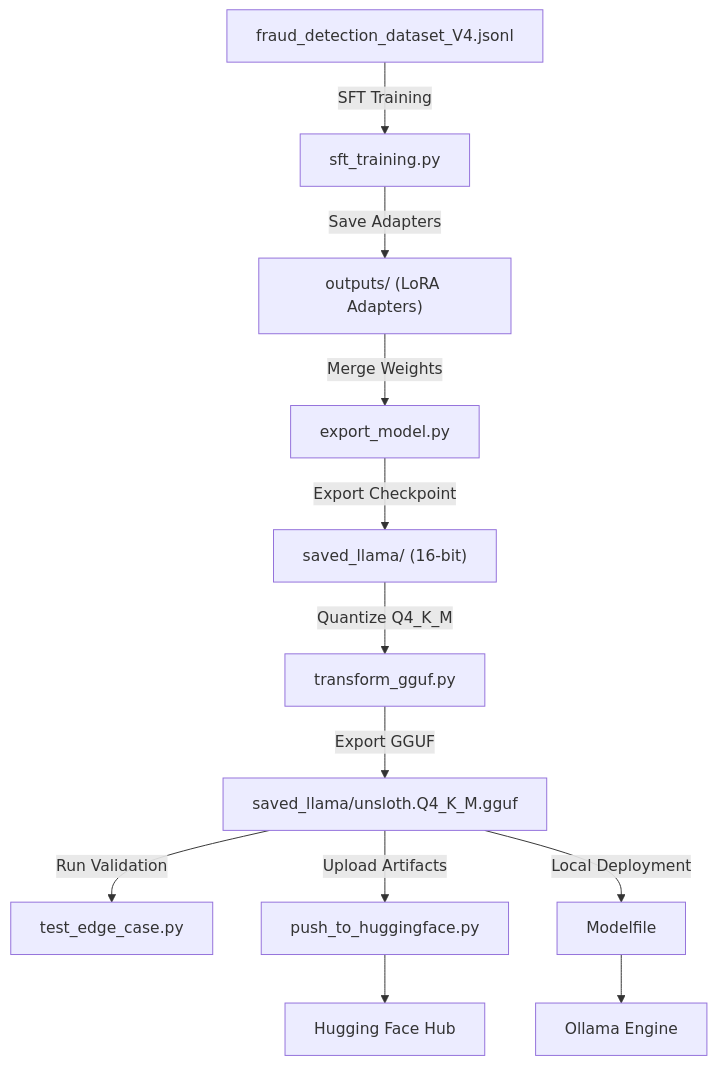
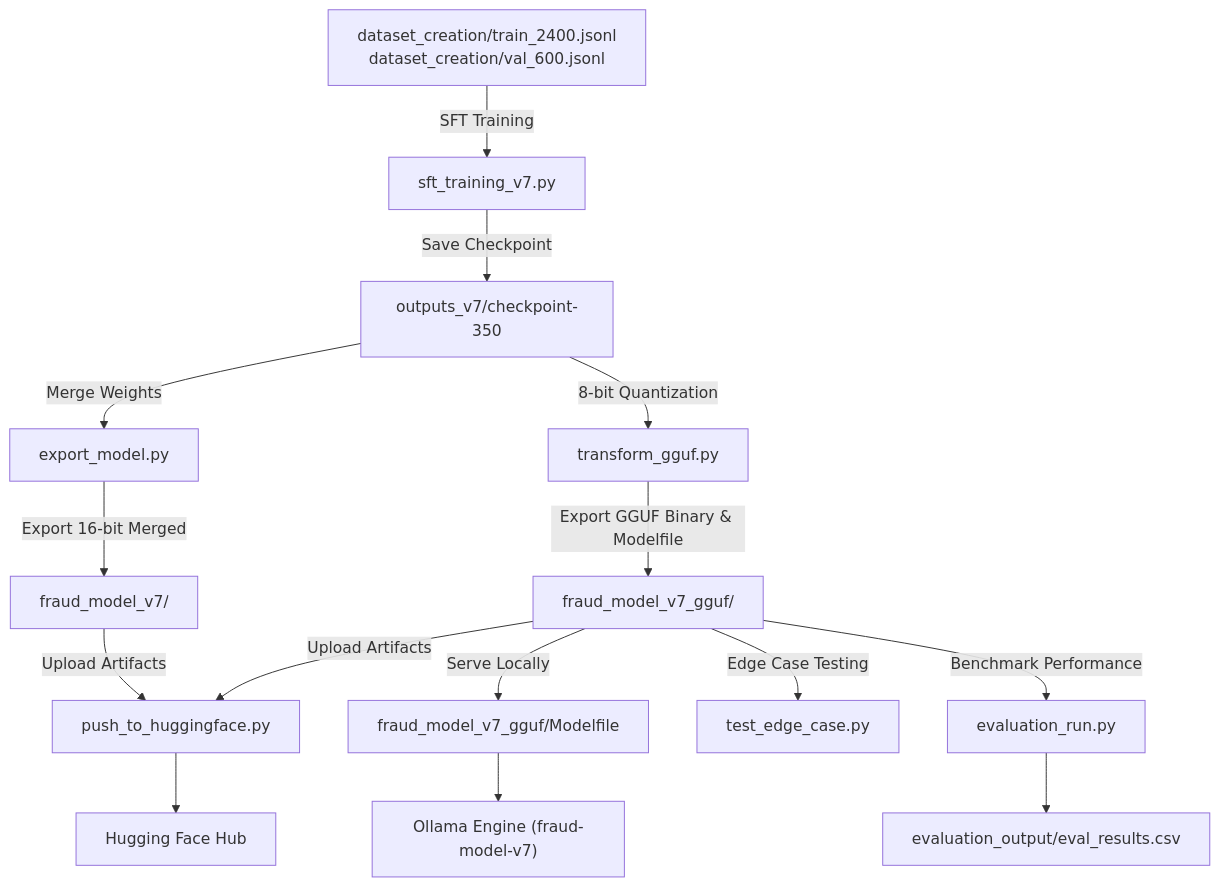
The diagram in README.md (MaxwellMensah/fine_tuning_modeling), drawn with Mermaid before and after one commit. The commit also changed other lines of this file, not shown here.

````diff
--- a/README.md
+++ b/README.md
@@ -16,12 +16,14 @@
 ```mermaid
-    flowchart TD
-        A["fraud_detection_dataset_V4.jsonl"] -->|SFT Training| B["sft_training.py"]
-        B -->|Save Adapters| C["outputs/ (LoRA Adapters)"]
-        C -->|Merge Weights| D["export_model.py"]
-        D -->|Export Checkpoint| E["saved_llama/ (16-bit)"]
-        E -->|Quantize Q4_K_M| F["transform_gguf.py"]
-        F -->|Export GGUF| G["saved_llama/unsloth.Q4_K_M.gguf"]
-        G -->|Run Validation| H["test_edge_case.py"]
-        G -->|Upload Artifacts| I["push_to_huggingface.py"] --> J["Hugging Face Hub"]
-        G -->|Local Deployment| K["Modelfile"] --> L["Ollama Engine"]
+flowchart TD
+    A["dataset_creation/train_2400.jsonl<br/>dataset_creation/val_600.jsonl"] -->|SFT Training| B["sft_training_v7.py"]
+    B -->|Save Checkpoint| C["outputs_v7/checkpoint-350"]
+    C -->|Merge Weights| D["export_model.py"]
+    C -->|8-bit Quantization| E["transform_gguf.py"]
+    D -->|Export 16-bit Merged| F["fraud_model_v7/"]
+    E -->|Export GGUF Binary & Modelfile| G["fraud_model_v7_gguf/"]
+    G -->|Serve Locally| H["fraud_model_v7_gguf/Modelfile"] --> I["Ollama Engine (fraud-model-v7)"]
+    G -->|Benchmark Performance| J["evaluation_run.py"] --> K["evaluation_output/eval_results.csv"]
+    G -->|Edge Case Testing| L["test_edge_case.py"]
+    F & G -->|Upload Artifacts| M["push_to_huggingface.py"] --> N["Hugging Face Hub"]
+
 ```
````
